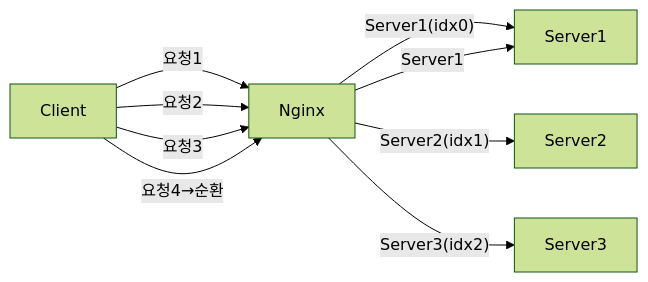
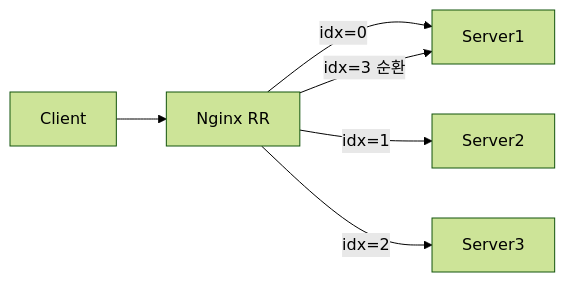
The seventh of 18 diagrams in _posts/server/2026-05-01-nginx.md (yjkim2015/yjkim2015.github.io), drawn with Mermaid (forest theme) before and after one commit. The commit also changed other lines of this file and 163 other files, not shown here.

First line of the commit message:
Mermaid 300개 블록 내용 축소: 5노드 5엣지 이하, 의미 있는 약어

````diff
--- a/_posts/server/2026-05-01-nginx.md
+++ b/_posts/server/2026-05-01-nginx.md
@@ -262,11 +254,8 @@
 ```mermaid
 graph LR
-    C["Client"] -->|"요청1"| N["Nginx"]
-    N -->|"Server1(idx0)"| S1["Server1"]
-    C -->|"요청2"| N
-    N -->|"Server2(idx1)"| S2["Server2"]
-    C -->|"요청3"| N
-    N -->|"Server3(idx2)"| S3["Server3"]
-    C -->|"요청4→순환"| N
-    N -->|"Server1"| S1
+    C["Client"] --> N["Nginx RR"]
+    N -->|idx=0| S1["Server1"]
+    N -->|idx=1| S2["Server2"]
+    N -->|idx=2| S3["Server3"]
+    N -->|idx=3 순환| S1
 ```
````
